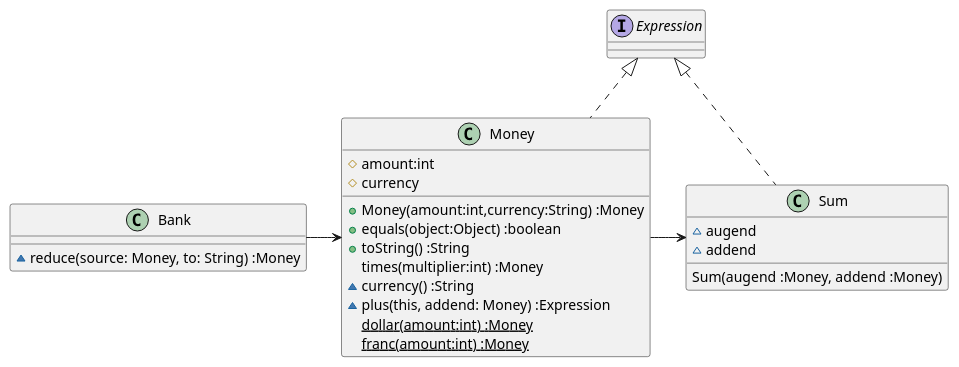
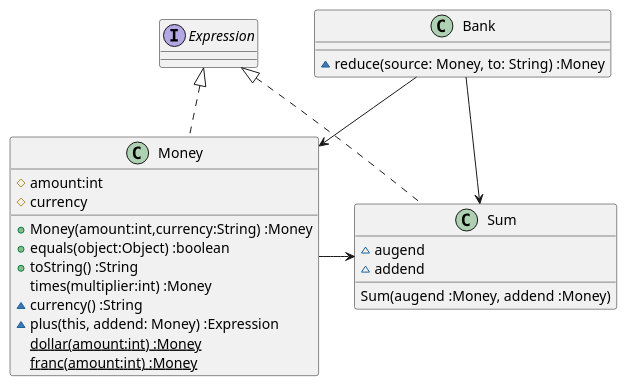
Before and after one commit to k2works/etude_for_java: the first of 2 diagrams in docs/src/TDD.md, drawn with PlantUML. The commit also changed other lines of this file and 4 other files, not shown here.

````diff
--- a/docs/src/TDD.md
+++ b/docs/src/TDD.md
@@ -48,27 +48,28 @@
 ```puml
 class Money {
   #amount:int
   #currency  
   +Money(amount:int,currency:String) :Money
   +equals(object:Object) :boolean  
   +toString() :String
   times(multiplier:int) :Money
   ~currency() :String
   ~plus(this, addend: Money) :Expression
   {static} dollar(amount:int) :Money
   {static} franc(amount:int) :Money  
 }
 interface Expression
 class Bank {
   ~reduce(source: Money, to: String) :Money
 }
 class Sum {
   ~augend
   ~addend
   Sum(augend :Money, addend :Money)
 }
 Expression <|.. Money
 Expression <|.. Sum
 Money -> Sum
-Bank -> Money
+Bank --> Money
+Bank --> Sum
 ```
````
